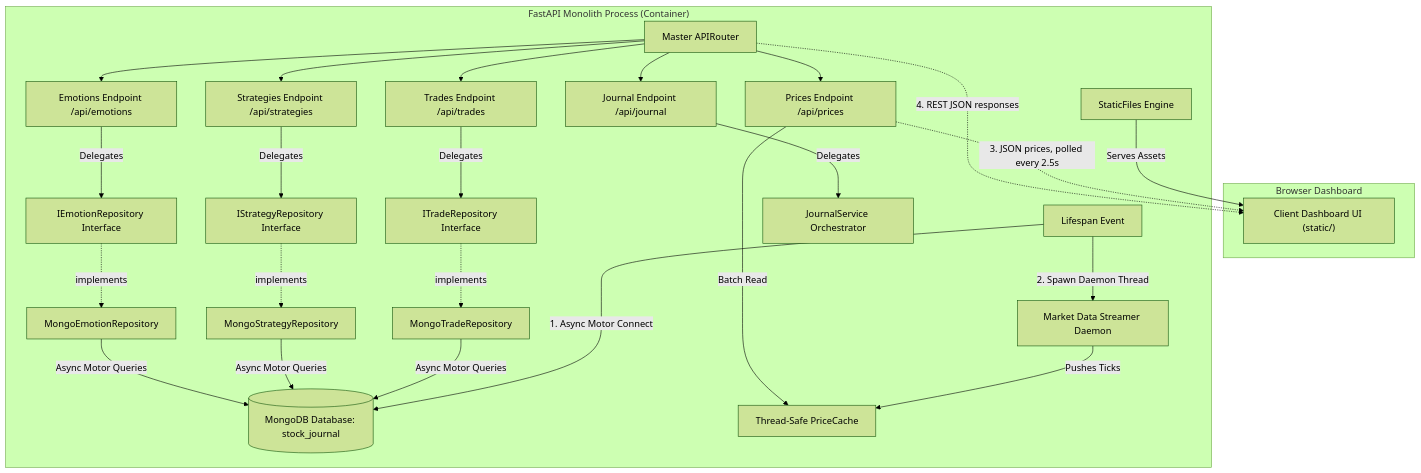
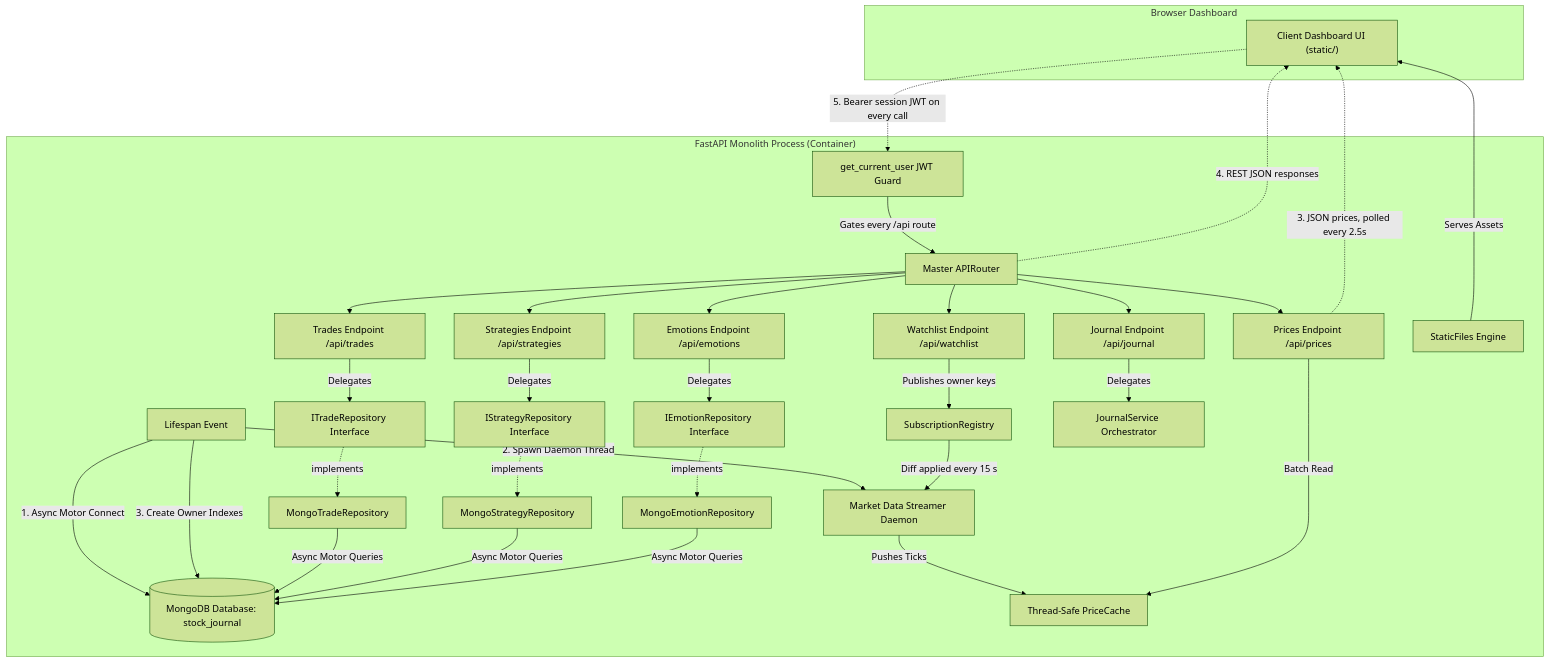
One commit to rachit-suresh/stock-journal changed the first of 7 diagrams in docs/architecture.md. Above: the diagram before and after it, drawn with Mermaid (forest theme). The commit also changed other lines of this file and 4 other files, not shown here.

````diff
--- a/docs/architecture.md
+++ b/docs/architecture.md
@@ -13,41 +13,48 @@
 ```mermaid
 graph TD
     subgraph Browser["Browser Dashboard"]
         S["Client Dashboard UI (static/)"]
     end
 
     subgraph Monolith["FastAPI Monolith Process (Container)"]
         A["Lifespan Event"] -->|"1. Async Motor Connect"| B[("MongoDB Database: stock_journal")]
         A -->|"2. Spawn Daemon Thread"| C["Market Data Streamer Daemon"]
+        A -->|"3. Create Owner Indexes"| B
 
         C -->|"Pushes Ticks"| D["Thread-Safe PriceCache"]
 
+        Z["get_current_user JWT Guard"] -->|"Gates every /api route"| E
         E["Master APIRouter"] --> F["Prices Endpoint /api/prices"]
         E --> G["Trades Endpoint /api/trades"]
         E --> H["Strategies Endpoint /api/strategies"]
         E --> I["Emotions Endpoint /api/emotions"]
         E --> J["Journal Endpoint /api/journal"]
+        E --> W["Watchlist Endpoint /api/watchlist"]
+
+        W -->|"Publishes owner keys"| Y["SubscriptionRegistry"]
+        Y -->|"Diff applied every 15 s"| C
 
         F -->|"Batch Read"| D
         G -->|"Delegates"| K["ITradeRepository Interface"]
         H -->|"Delegates"| L["IStrategyRepository Interface"]
         I -->|"Delegates"| M["IEmotionRepository Interface"]
         J -->|"Delegates"| N["JournalService Orchestrator"]
 
         K -.->|"implements"| O["MongoTradeRepository"]
         L -.->|"implements"| P["MongoStrategyRepository"]
         M -.->|"implements"| Q["MongoEmotionRepository"]
 
         O -->|"Async Motor Queries"| B
         P -->|"Async Motor Queries"| B
         Q -->|"Async Motor Queries"| B
 
         %% Invisible link: keeps StaticFiles inside the process frame while its
         %% only visible edge points out to the browser.
         E ~~~ R
         R["StaticFiles Engine"] -->|"Serves Assets"| S
     end
 
     F -.->|"3. JSON prices, polled every 2.5s"| S
     E -.->|"4. REST JSON responses"| S
+    S -.->|"5. Bearer session JWT on every call"| Z
 ```
````
